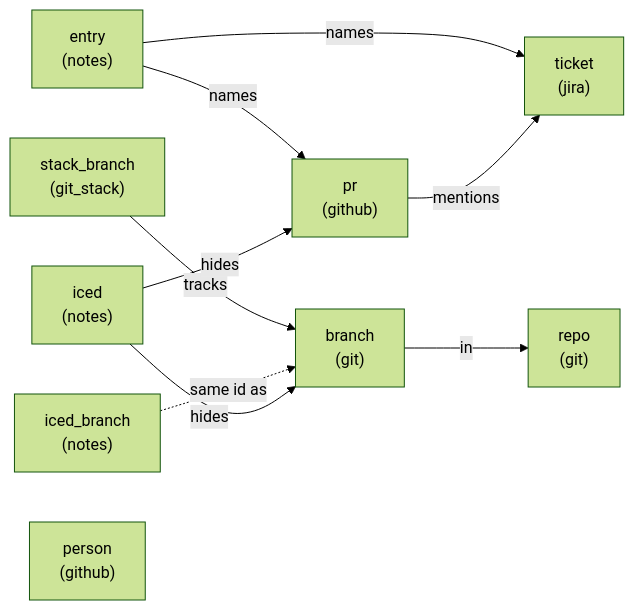
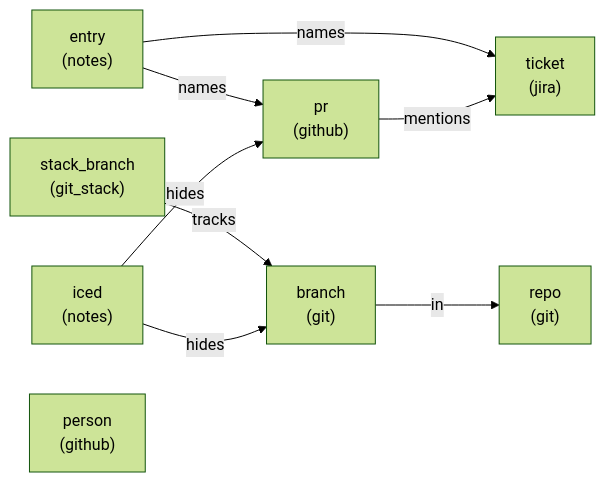
Before and after one commit to benekastah/move-forward: the first of 4 diagrams in docs/graph.md, drawn with Mermaid (forest theme). The commit also changed other lines of this file and 7 other files, not shown here.

First line of the commit message:
Drop iced_branch: nothing reads it any more

````diff
--- a/docs/graph.md
+++ b/docs/graph.md
@@ -35,12 +35,11 @@
 ```mermaid
 flowchart LR
     entry["entry<br/>(notes)"] -->|names| pr["pr<br/>(github)"]
     entry -->|names| ticket["ticket<br/>(jira)"]
     pr -->|mentions| ticket
     branch["branch<br/>(git)"] -->|in| repo["repo<br/>(git)"]
     stack_branch["stack_branch<br/>(git_stack)"] -->|tracks| branch
-    iced["iced_branch<br/>(notes)"] -. "same id as" .-> branch
     ice["iced<br/>(notes)"] -->|hides| branch
     ice -->|hides| pr
     person["person<br/>(github)"]
 ```
````
